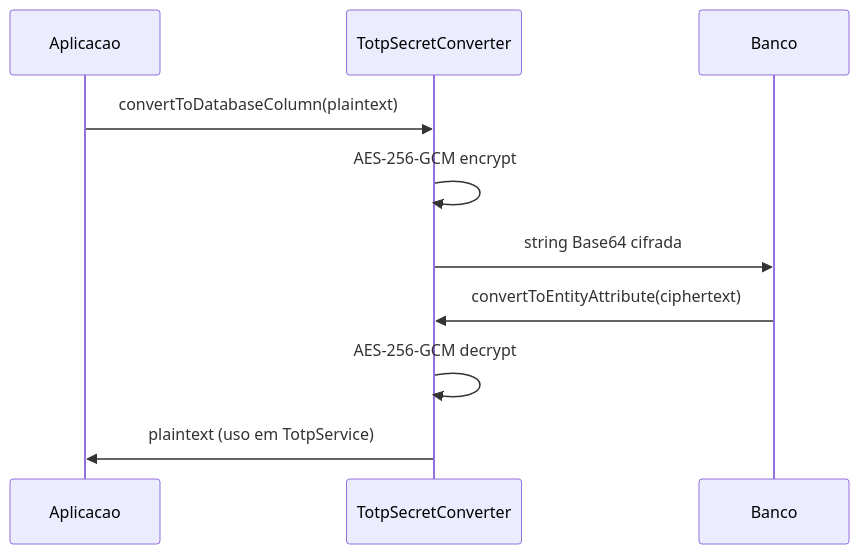
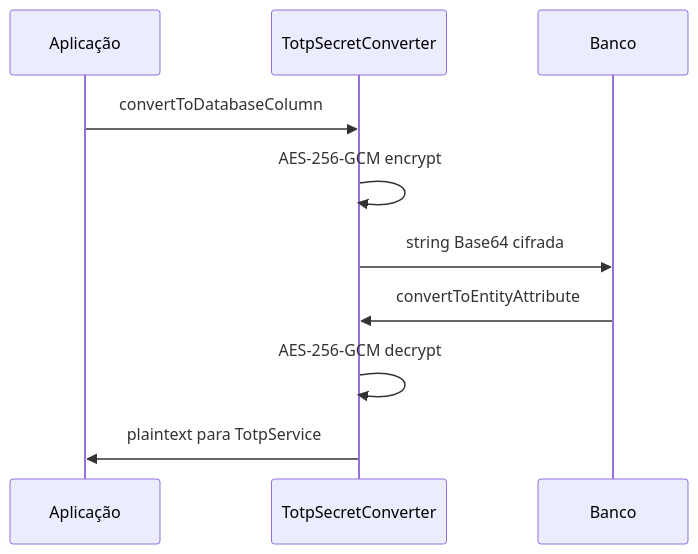
Before and after one commit to VictorHCSampaio/crud-springboot: the second of 2 diagrams in docs/cryptography.md, drawn with Mermaid. The commit also changed other lines of this file and 6 other files, not shown here.

````diff
--- a/docs/cryptography.md
+++ b/docs/cryptography.md
@@ -129,14 +129,14 @@
 ```mermaid
 sequenceDiagram
-    participant App as Aplicacao
+    participant App as Aplicação
     participant Conv as TotpSecretConverter
     participant DB as Banco
 
-    App->>Conv: convertToDatabaseColumn(plaintext)
+    App->>Conv: convertToDatabaseColumn
     Conv->>Conv: AES-256-GCM encrypt
     Conv->>DB: string Base64 cifrada
 
-    DB->>Conv: convertToEntityAttribute(ciphertext)
+    DB->>Conv: convertToEntityAttribute
     Conv->>Conv: AES-256-GCM decrypt
-    Conv->>App: plaintext (uso em TotpService)
+    Conv->>App: plaintext para TotpService
 ```
````
